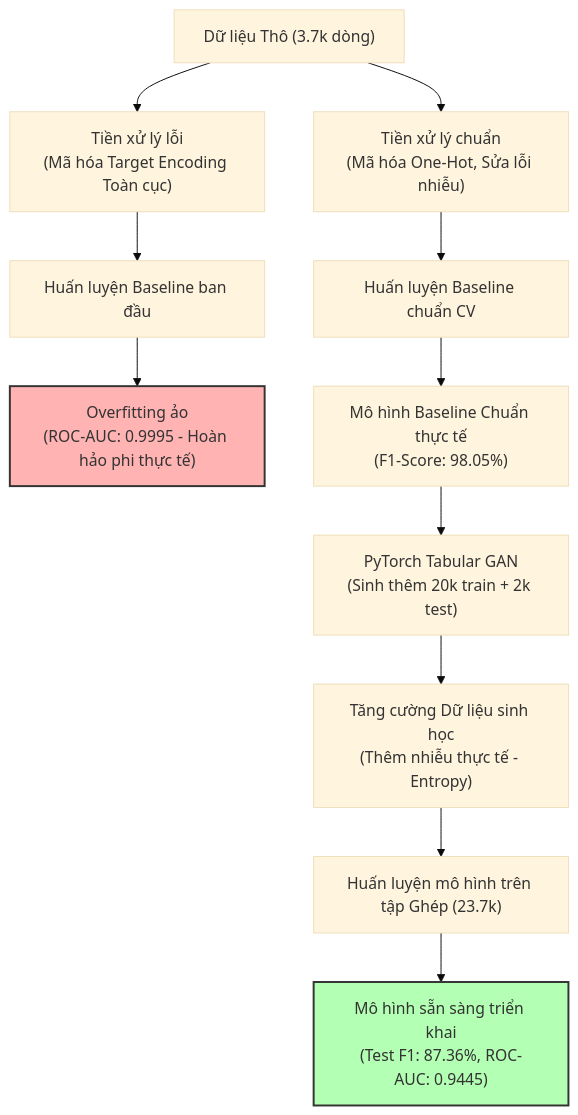
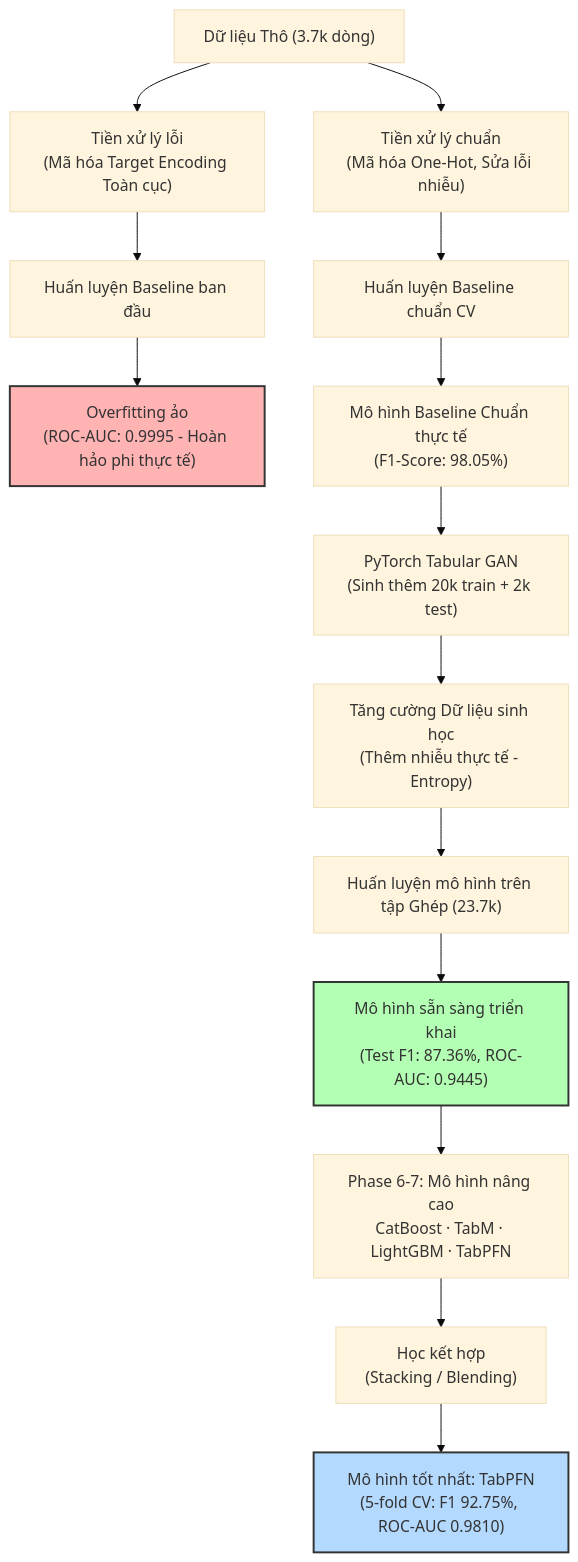
The diagram in autism_prediction_presentation_guide.md (hoangnehyhy/ML-_Project_Autism_Prediction), drawn with Mermaid (base theme) before and after one commit. The commit also changed other lines of this file and 8 other files, not shown here.

````diff
--- a/autism_prediction_presentation_guide.md
+++ b/autism_prediction_presentation_guide.md
@@ -10,18 +10,23 @@
 ```mermaid
 graph TD
     A["Dữ liệu Thô (3.7k dòng)"] --> B["Tiền xử lý lỗi<br>(Mã hóa Target Encoding Toàn cục)"]
     B --> C["Huấn luyện Baseline ban đầu"]
     C --> D["Overfitting ảo<br>(ROC-AUC: 0.9995 - Hoàn hảo phi thực tế)"]
     style D fill:#ffb3b3,stroke:#333,stroke-width:2px
     
     A --> E["Tiền xử lý chuẩn<br>(Mã hóa One-Hot, Sửa lỗi nhiễu)"]
     E --> F["Huấn luyện Baseline chuẩn CV"]
     F --> G["Mô hình Baseline Chuẩn thực tế<br>(F1-Score: 98.05%)"]
     
     G --> H["PyTorch Tabular GAN<br>(Sinh thêm 20k train + 2k test)"]
     H --> I["Tăng cường Dữ liệu sinh học<br>(Thêm nhiễu thực tế - Entropy)"]
     
     I --> J["Huấn luyện mô hình trên tập Ghép (23.7k)"]
     J --> K["Mô hình sẵn sàng triển khai<br>(Test F1: 87.36%, ROC-AUC: 0.9445)"]
     style K fill:#b3ffb3,stroke:#333,stroke-width:2px
+
+    K --> L["Phase 6-7: Mô hình nâng cao<br>CatBoost · TabM · LightGBM · TabPFN"]
+    L --> M["Học kết hợp<br>(Stacking / Blending)"]
+    M --> N["Mô hình tốt nhất: TabPFN<br>(5-fold CV: F1 92.75%, ROC-AUC 0.9810)"]
+    style N fill:#b3d9ff,stroke:#333,stroke-width:2px
 ```
````
